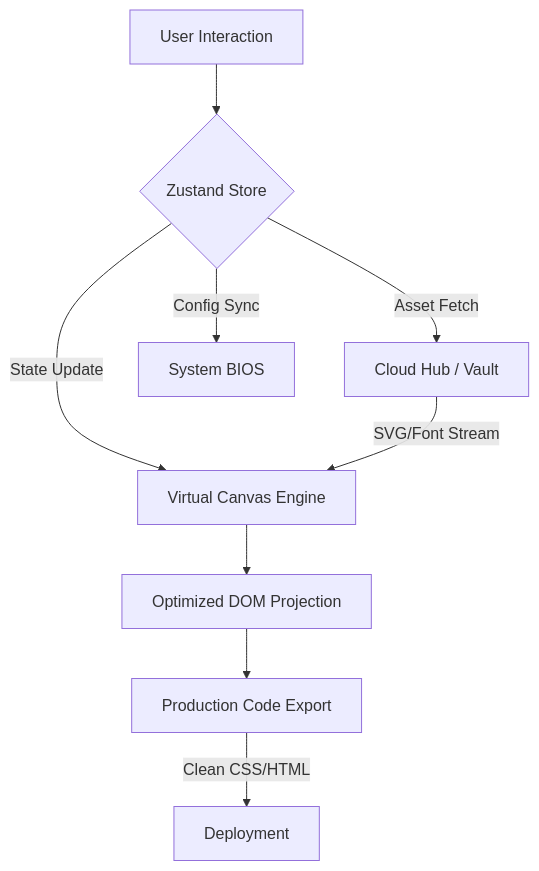
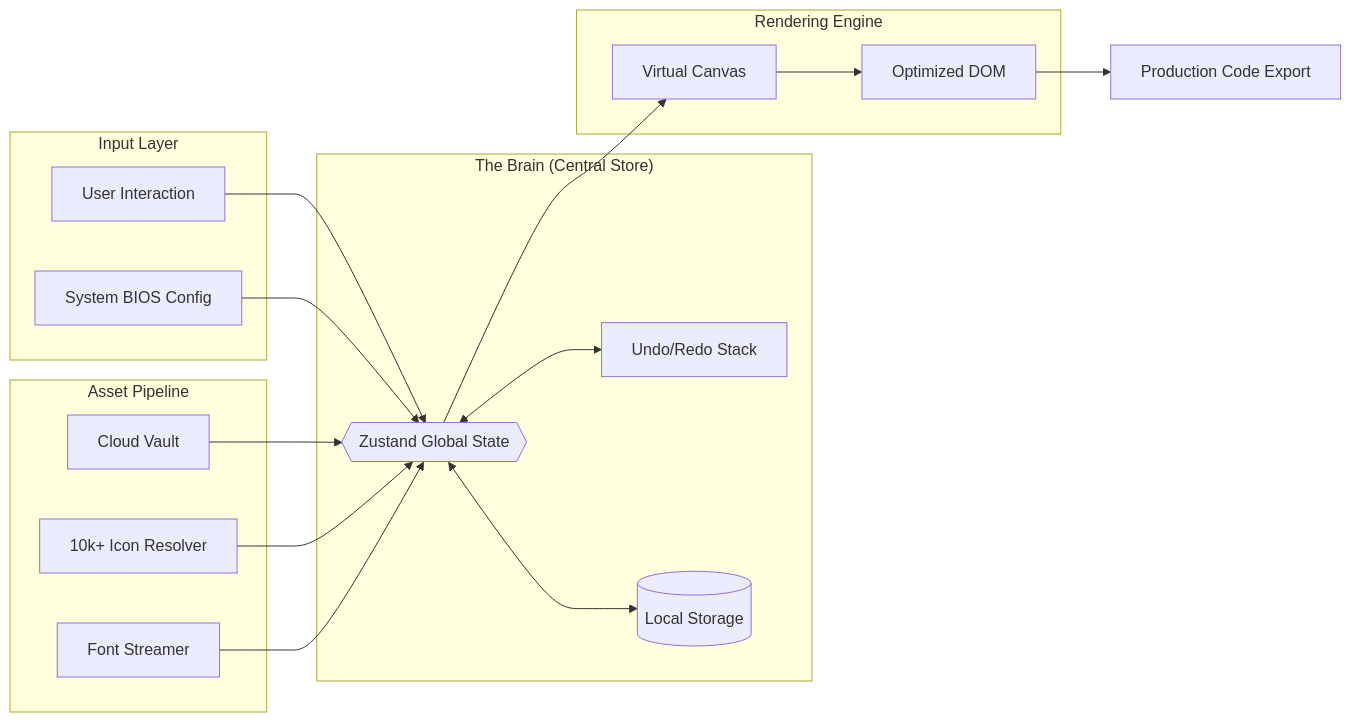
Before and after one commit to adnanashraf-code/Kraft: the diagram in README.md, drawn with Mermaid. The commit also changed other lines of this file, not shown here.

````diff
--- a/README.md
+++ b/README.md
@@ -50,13 +50,37 @@
 ```mermaid
-graph TD
-    A[User Interaction] --> B{Zustand Store}
-    B -->|State Update| C[Virtual Canvas Engine]
-    B -->|Asset Fetch| D[Cloud Hub / Vault]
-    B -->|Config Sync| E[System BIOS]
+graph LR
+    subgraph "Input Layer"
+        UI[User Interaction]
+        BIOS[System BIOS Config]
+    end
+
+    subgraph "The Brain (Central Store)"
+        Store{{"Zustand Global State"}}
+        History[Undo/Redo Stack]
+        Persist[(Local Storage)]
+    end
+
+    subgraph "Asset Pipeline"
+        Vault[Cloud Vault]
+        Icons[10k+ Icon Resolver]
+        Fonts[Font Streamer]
+    end
+
+    subgraph "Rendering Engine"
+        Canvas[Virtual Canvas]
+        DOM[Optimized DOM]
+    end
+
+    UI --> Store
+    BIOS --> Store
+    Store <--> History
+    Store <--> Persist
     
-    C --> F[Optimized DOM Projection]
-    D -->|SVG/Font Stream| C
-    
-    F --> G[Production Code Export]
-    G -->|Clean CSS/HTML| H[Deployment]
+    Vault --> Store
+    Icons --> Store
+    Fonts --> Store
+
+    Store --> Canvas
+    Canvas --> DOM
+    DOM --> Export[Production Code Export]
 ```
````
